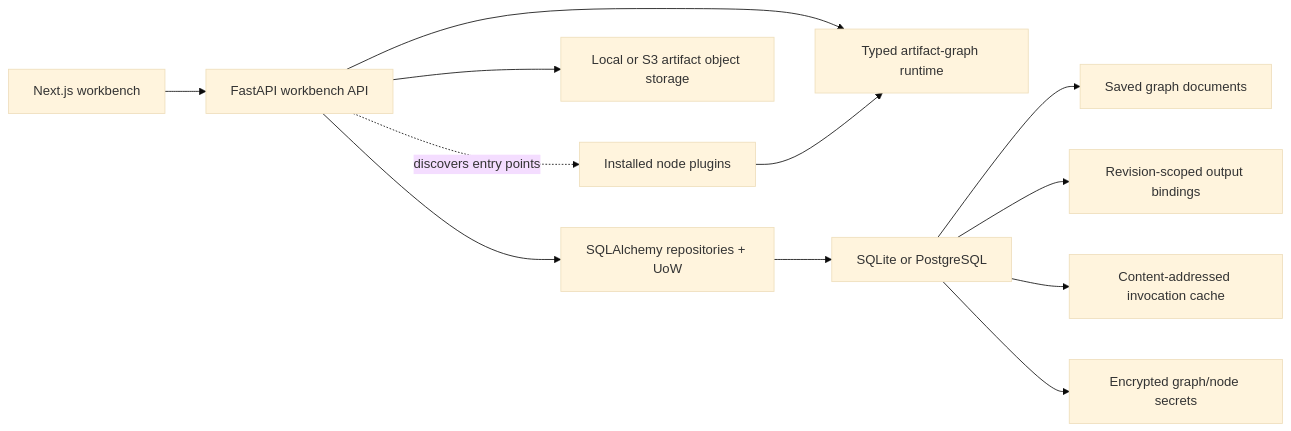
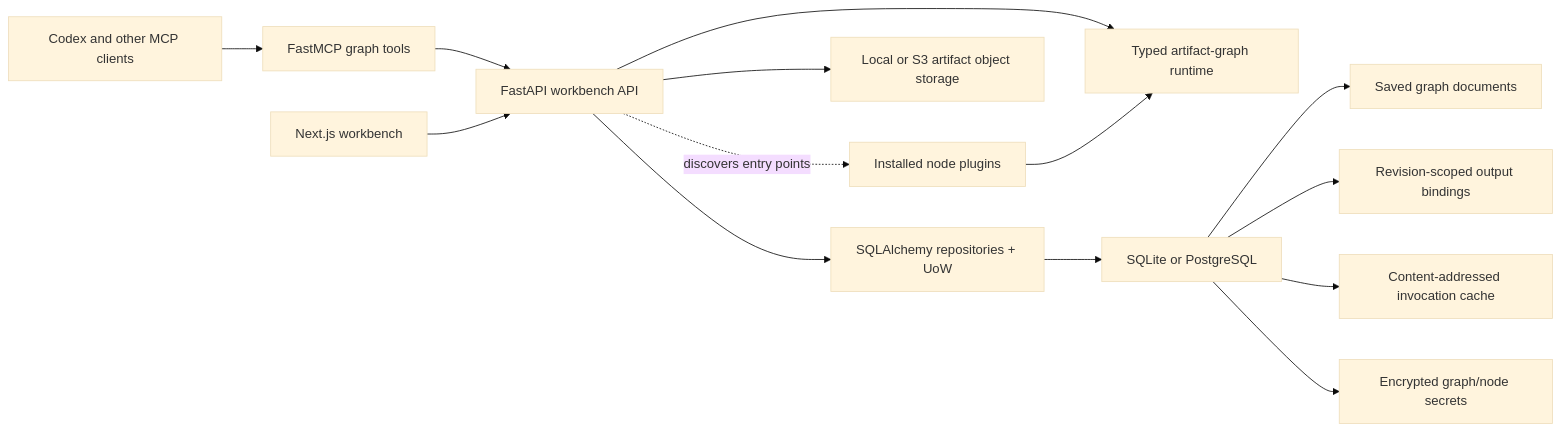
The first of 4 diagrams in README.md (artpods56/KUL_IDUB_EcclesialSchematisms), drawn with Mermaid (base theme) before and after one commit. The commit also changed other lines of this file and 175 other files, not shown here.

````diff
--- a/README.md
+++ b/README.md
@@ -27,14 +27,16 @@
 ```mermaid
 flowchart LR
-    Web["Next.js workbench"] --> API["FastAPI workbench API"]
+    Agents["Codex and other MCP clients"] --> MCP["FastMCP graph tools"]
+    MCP --> API["FastAPI workbench API"]
+    Web["Next.js workbench"] --> API
     API --> Core["Typed artifact-graph runtime"]
     API --> Persistence["SQLAlchemy repositories + UoW"]
     Persistence --> SQL["SQLite or PostgreSQL"]
     SQL --> Graphs["Saved graph documents"]
     SQL --> Bindings["Revision-scoped output bindings"]
     SQL --> Cache["Content-addressed invocation cache"]
     SQL --> Secrets["Encrypted graph/node secrets"]
     API --> Storage["Local or S3 artifact object storage"]
     API -. "discovers entry points" .-> Plugins["Installed node plugins"]
     Plugins --> Core
 ```
````
